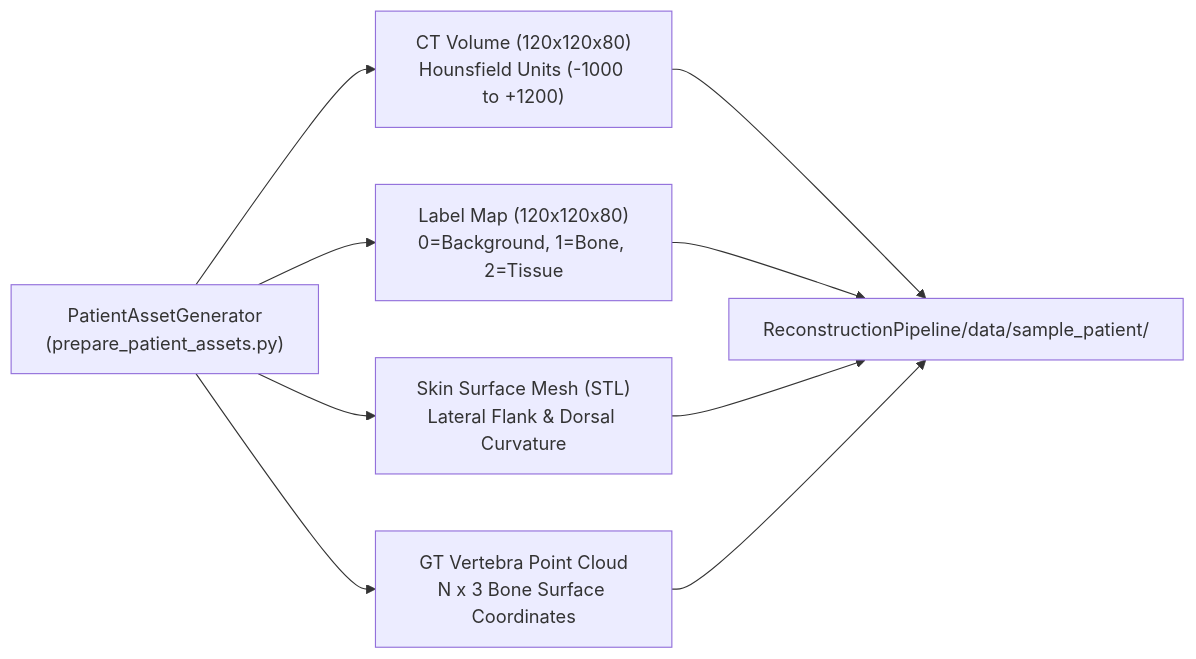
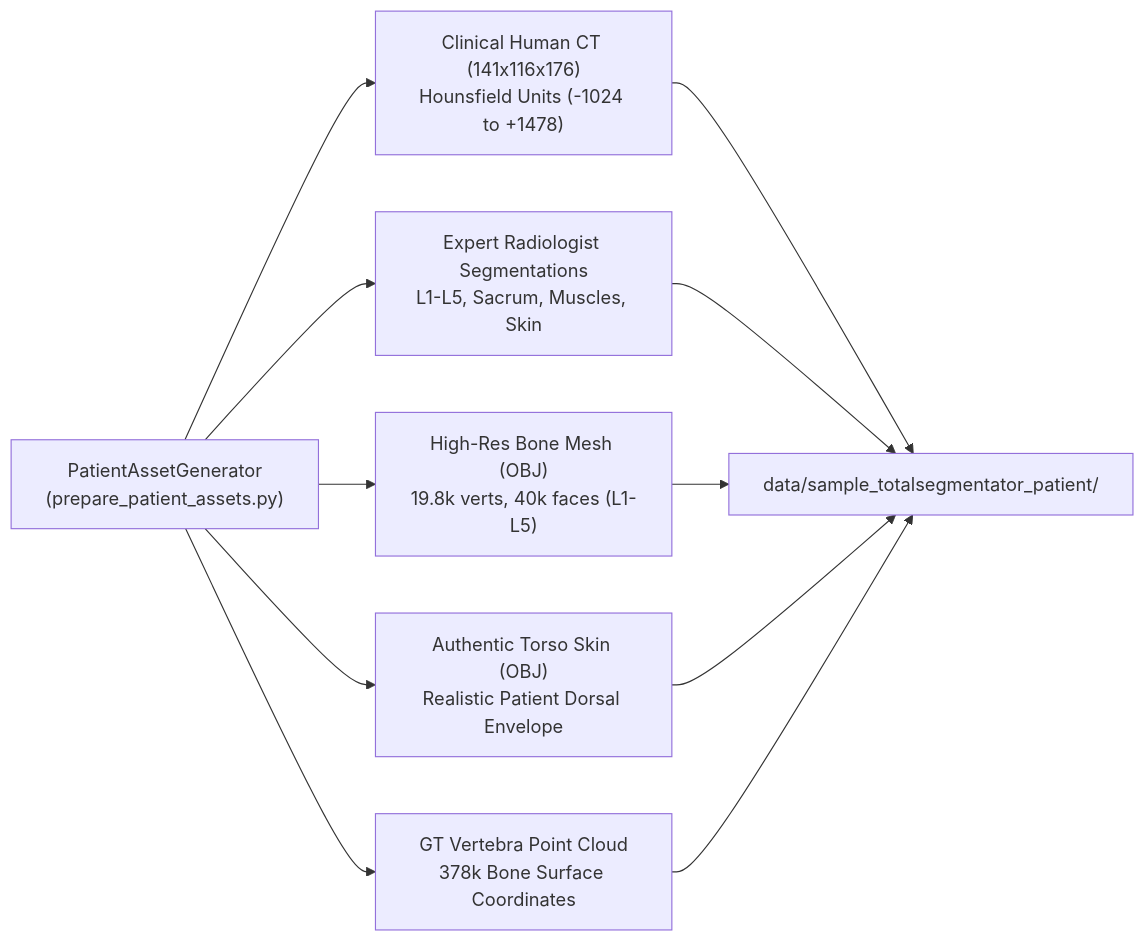
Before and after one commit to rishang19dx/MTP-Surgical-Robotcs: the first of 5 diagrams in FLOW.md, drawn with Mermaid. The commit also changed other lines of this file and 7 other files, not shown here.

Commit message:
feat(anatomy): replace synthetic geometric phantom with authentic clinical human lumbar CT (L1-L5) and high-res meshes

````diff
--- a/FLOW.md
+++ b/FLOW.md
@@ -29,11 +29,13 @@
 ```mermaid
 flowchart LR
-    CTGen["PatientAssetGenerator\n(prepare_patient_assets.py)"] --> SynthCT["CT Volume (120x120x80)\nHounsfield Units (-1000 to +1200)"]
-    CTGen --> Labels["Label Map (120x120x80)\n0=Background, 1=Bone, 2=Tissue"]
-    CTGen --> SkinMesh["Skin Surface Mesh (STL)\nLateral Flank & Dorsal Curvature"]
-    CTGen --> GTPoints["GT Vertebra Point Cloud\nN x 3 Bone Surface Coordinates"]
-    SynthCT --> OutDir["ReconstructionPipeline/data/sample_patient/"]
+    CTGen["PatientAssetGenerator\n(prepare_patient_assets.py)"] --> RealCT["Clinical Human CT (141x116x176)\nHounsfield Units (-1024 to +1478)"]
+    CTGen --> Labels["Expert Radiologist Segmentations\nL1-L5, Sacrum, Muscles, Skin"]
+    CTGen --> SpineMesh["High-Res Bone Mesh (OBJ)\n19.8k verts, 40k faces (L1-L5)"]
+    CTGen --> SkinMesh["Authentic Torso Skin (OBJ)\nRealistic Patient Dorsal Envelope"]
+    CTGen --> GTPoints["GT Vertebra Point Cloud\n378k Bone Surface Coordinates"]
+    RealCT --> OutDir["data/sample_totalsegmentator_patient/"]
     Labels --> OutDir
+    SpineMesh --> OutDir
     SkinMesh --> OutDir
     GTPoints --> OutDir
 ```
````
